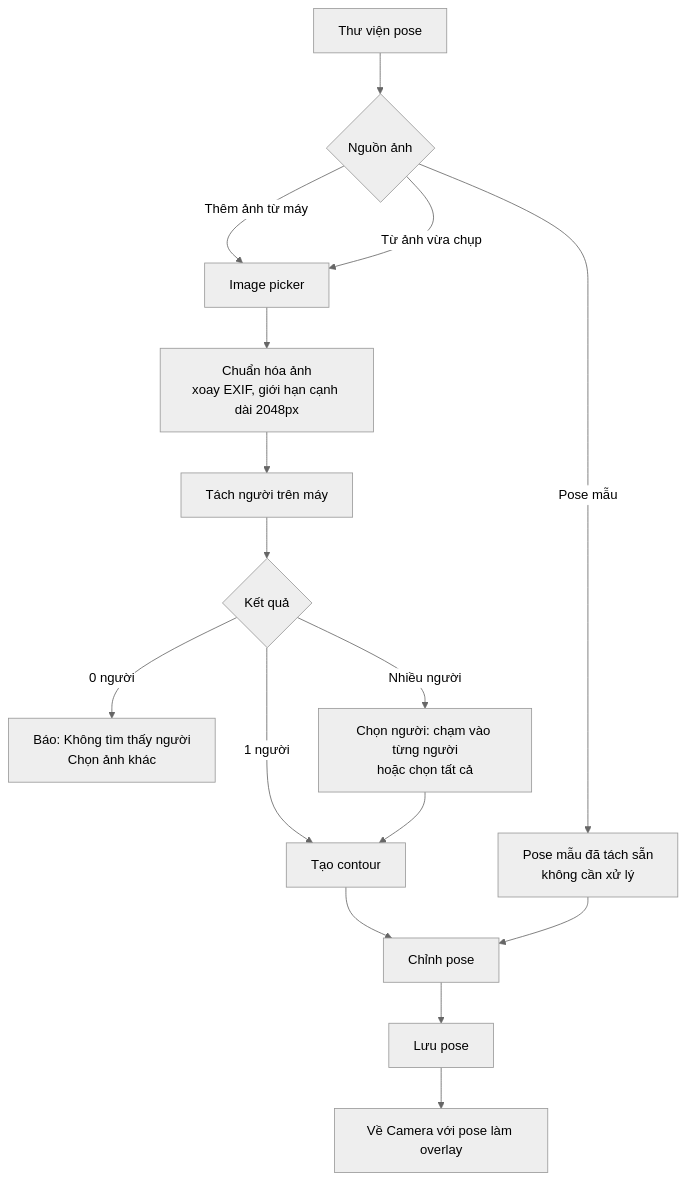
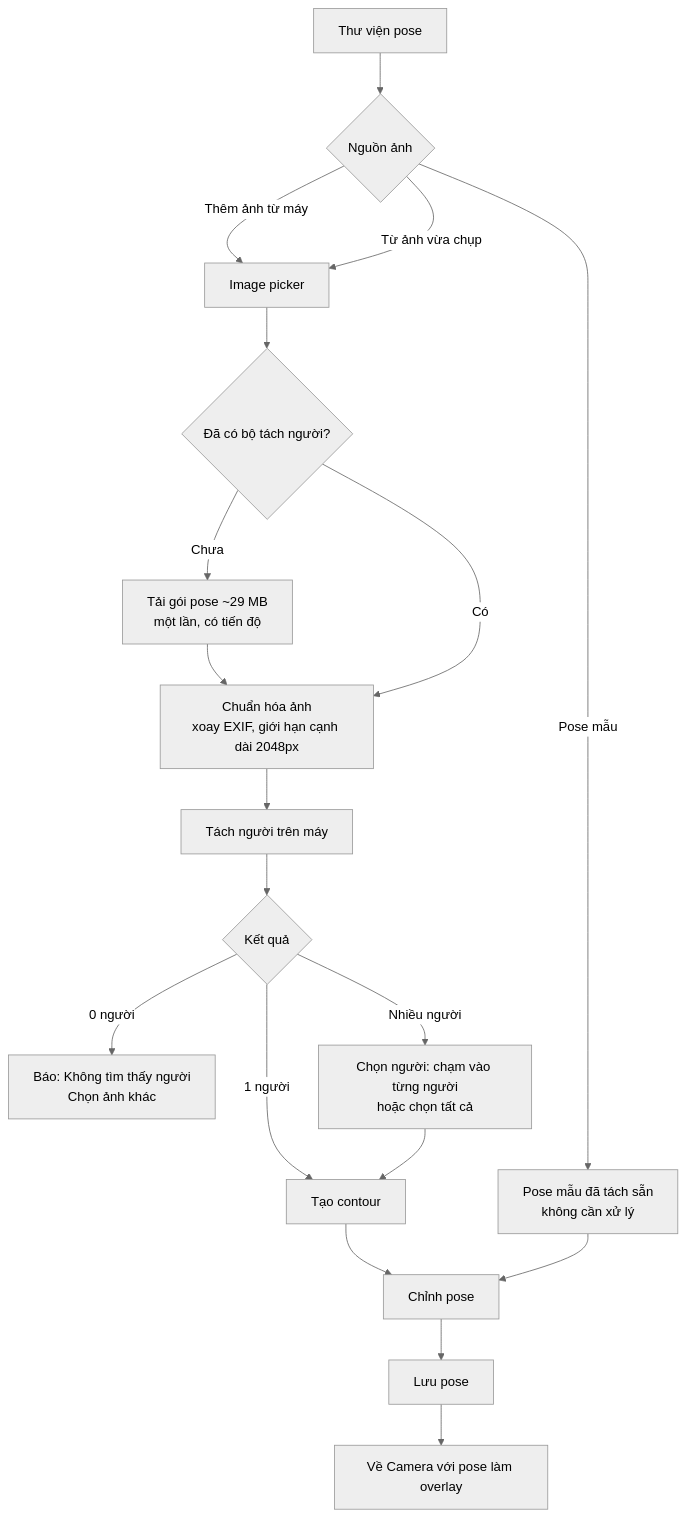
Before and after one commit to tktnq2004/TakeASnap: the third of 7 diagrams in docs/business-flow.md, drawn with Mermaid (neutral theme). The commit also changed other lines of this file and 3 other files, not shown here.

First line of the commit message:
docs: chốt cách đưa model vào app (tải lần đầu, lưu máy, CDN gốc)

````diff
--- a/docs/business-flow.md
+++ b/docs/business-flow.md
@@ -139,18 +139,21 @@
 ```mermaid
 flowchart TD
     A[Thư viện pose] --> B{Nguồn ảnh}
     B -- "Thêm ảnh từ máy" --> P[Image picker]
     B -- "Pose mẫu" --> S[Pose mẫu đã tách sẵn<br/>không cần xử lý]
     B -- "Từ ảnh vừa chụp" --> P
-    P --> Q[Chuẩn hóa ảnh<br/>xoay EXIF, giới hạn cạnh dài 2048px]
+    P --> DL{Đã có bộ tách người?}
+    DL -- "Chưa" --> DLG[Tải gói pose ~29 MB<br/>một lần, có tiến độ]
+    DLG --> Q
+    DL -- "Có" --> Q[Chuẩn hóa ảnh<br/>xoay EXIF, giới hạn cạnh dài 2048px]
     Q --> R[Tách người trên máy]
     R --> D{Kết quả}
     D -- "0 người" --> E1[Báo: Không tìm thấy người<br/>Chọn ảnh khác]
     D -- "1 người" --> CT[Tạo contour]
     D -- "Nhiều người" --> M[Chọn người: chạm vào từng người<br/>hoặc chọn tất cả]
     M --> CT
     CT --> ED[Chỉnh pose]
     S --> ED
     ED --> SV[Lưu pose]
     SV --> CAM[Về Camera với pose làm overlay]
 ```
````
